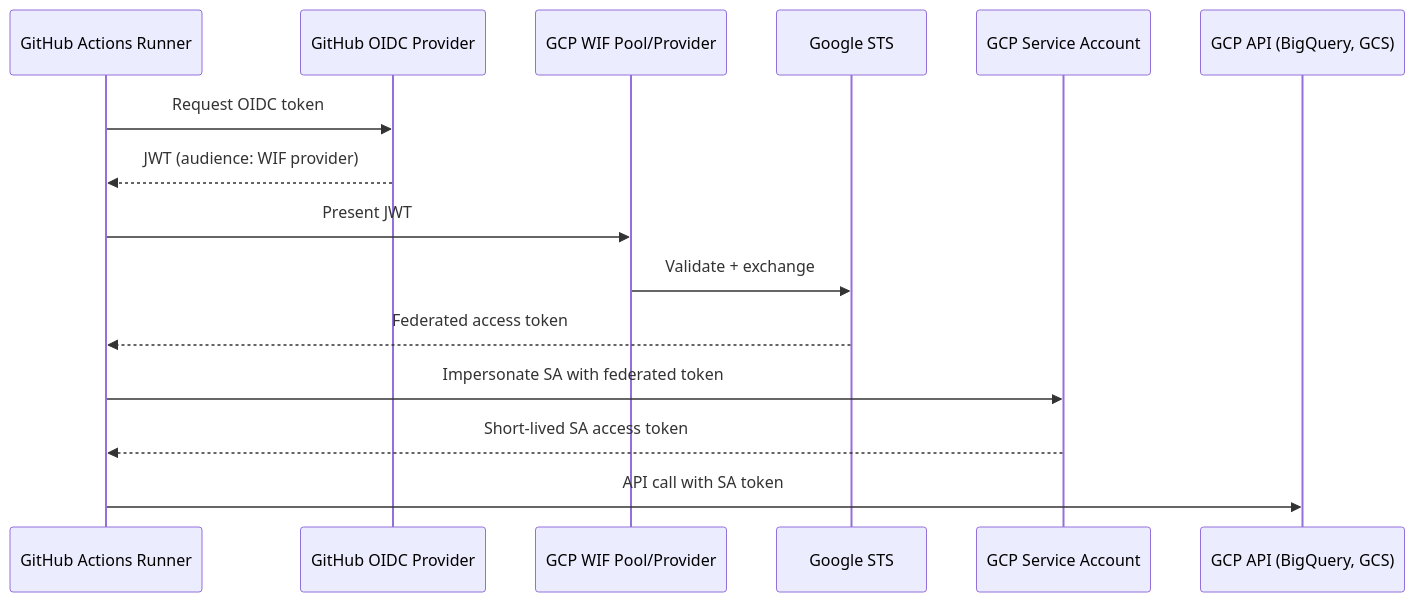
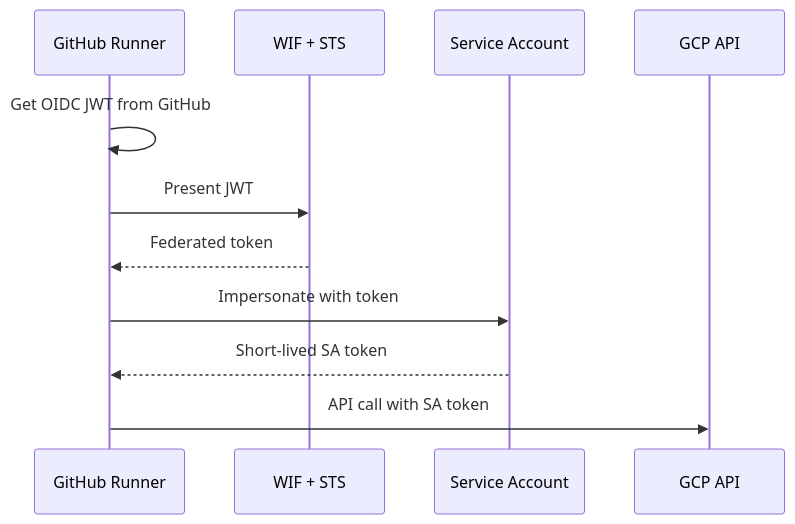
One commit to alp78/elysium changed the second of 2 diagrams in content/06-GCP/Security/gcp-identity-and-connection-patterns.md. Above: the diagram before and after it, drawn with Mermaid. The commit also changed other lines of this file, not shown here.

Commit message:
Sync Vault

````diff
--- a/content/06-GCP/Security/gcp-identity-and-connection-patterns.md
+++ b/content/06-GCP/Security/gcp-identity-and-connection-patterns.md
@@ -154,18 +154,14 @@
 ```mermaid
 sequenceDiagram
-    participant GH as GitHub Actions Runner
-    participant OIDC as GitHub OIDC Provider
-    participant WIF as GCP WIF Pool/Provider
-    participant STS as Google STS
-    participant SA as GCP Service Account
-    participant API as GCP API (BigQuery, GCS)
+    participant GH as GitHub Runner
+    participant WIF as WIF + STS
+    participant SA as Service Account
+    participant API as GCP API
 
-    GH->>OIDC: Request OIDC token
-    OIDC-->>GH: JWT (audience: WIF provider)
+    GH->>GH: Get OIDC JWT from GitHub
     GH->>WIF: Present JWT
-    WIF->>STS: Validate + exchange
-    STS-->>GH: Federated access token
-    GH->>SA: Impersonate SA with federated token
-    SA-->>GH: Short-lived SA access token
+    WIF-->>GH: Federated token
+    GH->>SA: Impersonate with token
+    SA-->>GH: Short-lived SA token
     GH->>API: API call with SA token
 ```
````
